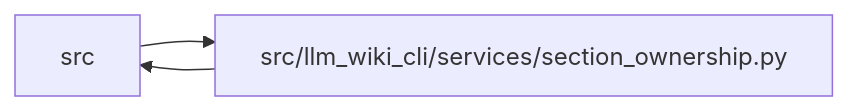
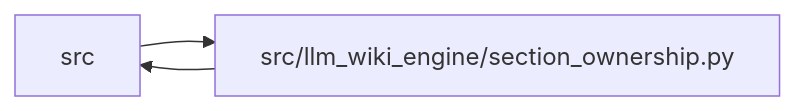
One commit to Denissvgn/python-wiki-llm changed the diagram in docs/llm_wiki/modules/section_ownership.md. Above: the diagram before and after it, drawn with Mermaid. The commit also changed other lines of this file and 1103 other files, not shown here.

First line of the commit message:
docs: refresh the wiki for the llm-wiki-engine distribution

````diff
--- a/docs/llm_wiki/modules/section_ownership.md
+++ b/docs/llm_wiki/modules/section_ownership.md
@@ -34,8 +34,8 @@
 ```mermaid
 flowchart LR
     n0["src"]
-    n1["src/llm_wiki_cli/services/section_ownership.py"]
+    n1["src/llm_wiki_engine/section_ownership.py"]
     n0 --> n1
     n1 --> n0
     click n1 "../modules/section_ownership.md"
 ```
````
